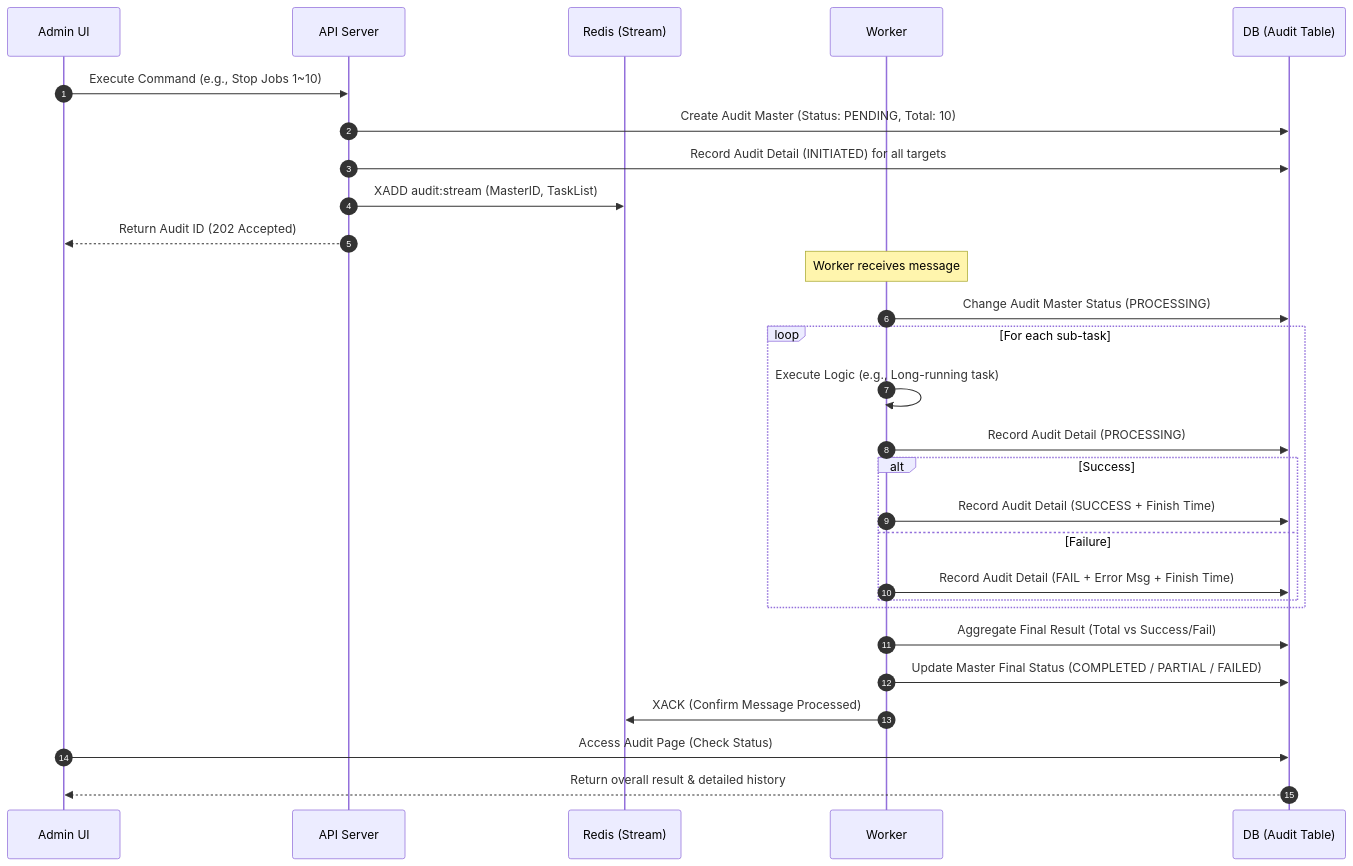
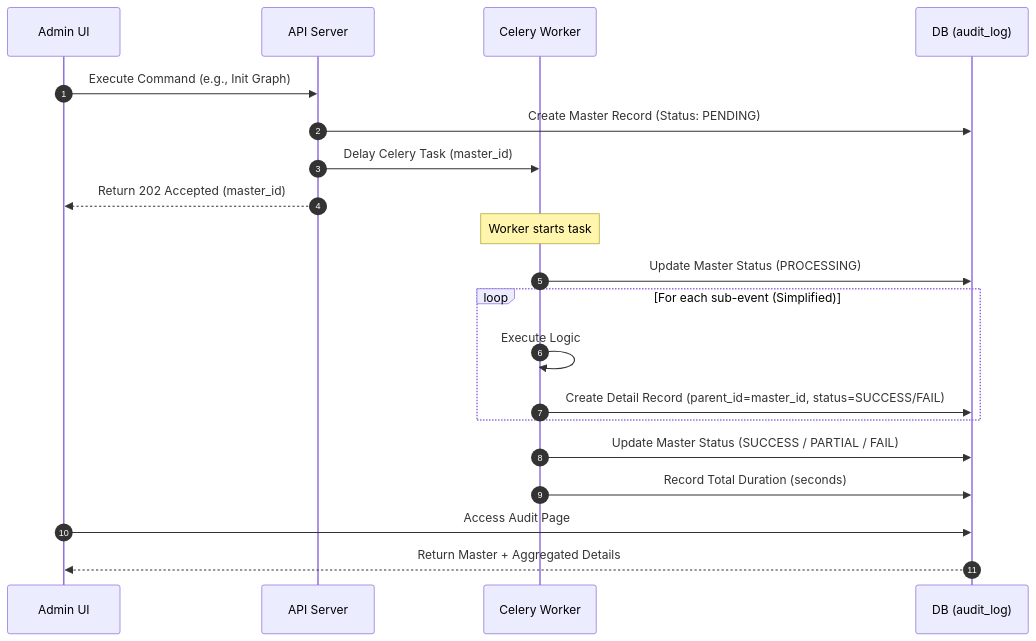
The second of 2 diagrams in docs/04.design/2026-02-20_audit_log.md (zer0pool/graph-viz), drawn with Mermaid before and after one commit. The commit also changed other lines of this file, not shown here.

Commit message:
docs: update audit log design

````diff
--- a/docs/04.design/2026-02-20_audit_log.md
+++ b/docs/04.design/2026-02-20_audit_log.md
@@ -49,36 +49,27 @@
 ```mermaid
 sequenceDiagram
     autonumber
     participant U as Admin UI
     participant A as API Server
-    participant R as Redis (Stream)
-    participant W as Worker
-    participant D as DB (Audit Table)
+    participant W as Celery Worker
+    participant D as DB (audit_log)
 
-    U->>A: Execute Command (e.g., Stop Jobs 1~10)
-    A->>D: Create Audit Master (Status: PENDING, Total: 10)
-    A->>D: Record Audit Detail (INITIATED) for all targets
-    A->>R: XADD audit:stream (MasterID, TaskList)
-    A-->>U: Return Audit ID (202 Accepted)
+    U->>A: Execute Command (e.g., Init Graph)
+    A->>D: Create Master Record (Status: PENDING)
+    A->>W: Delay Celery Task (master_id)
+    A-->>U: Return 202 Accepted (master_id)
 
-    Note over W: Worker receives message
-    W->>D: Change Audit Master Status (PROCESSING)
+    Note over W: Worker starts task
+    W->>D: Update Master Status (PROCESSING)
 
-    loop For each sub-task
-        W->>W: Execute Logic (e.g., Long-running task)
-        W->>D: Record Audit Detail (PROCESSING)
-
-        alt Success
-            W->>D: Record Audit Detail (SUCCESS + Finish Time)
-        else Failure
-            W->>D: Record Audit Detail (FAIL + Error Msg + Finish Time)
-        end
+    loop For each sub-event (Simplified)
+        W->>W: Execute Logic
+        W->>D: Create Detail Record (parent_id=master_id, status=SUCCESS/FAIL)
     end
 
-    W->>D: Aggregate Final Result (Total vs Success/Fail)
-    W->>D: Update Master Final Status (COMPLETED / PARTIAL / FAILED)
-    W->>R: XACK (Confirm Message Processed)
+    W->>D: Update Master Status (SUCCESS / PARTIAL / FAIL)
+    W->>D: Record Total Duration (seconds)
     
-    U->>D: Access Audit Page (Check Status)
-    D-->>U: Return overall result & detailed history
+    U->>D: Access Audit Page
+    D-->>U: Return Master + Aggregated Details
 ```
````
